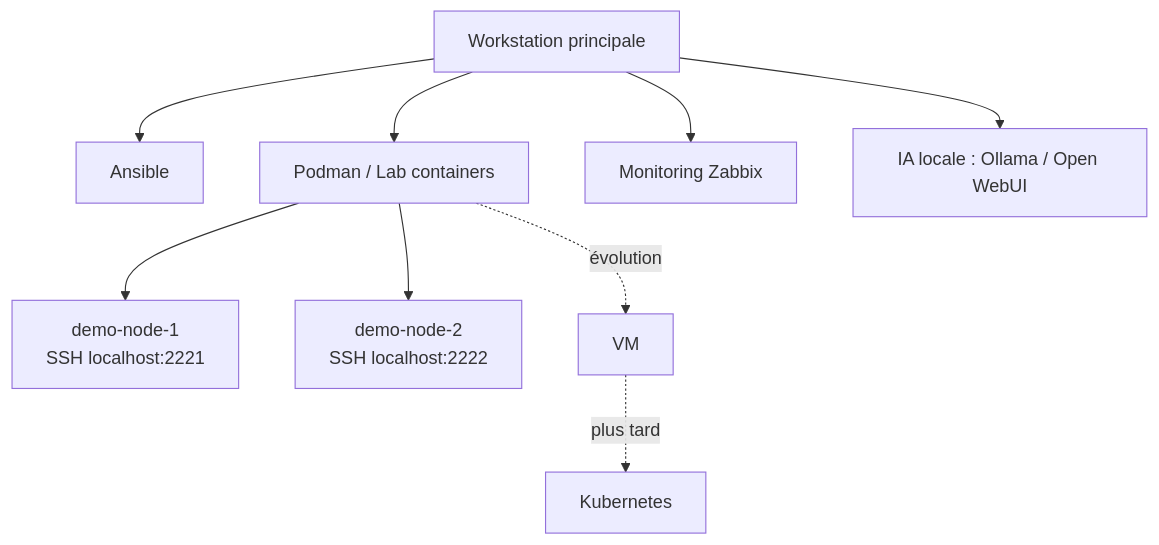
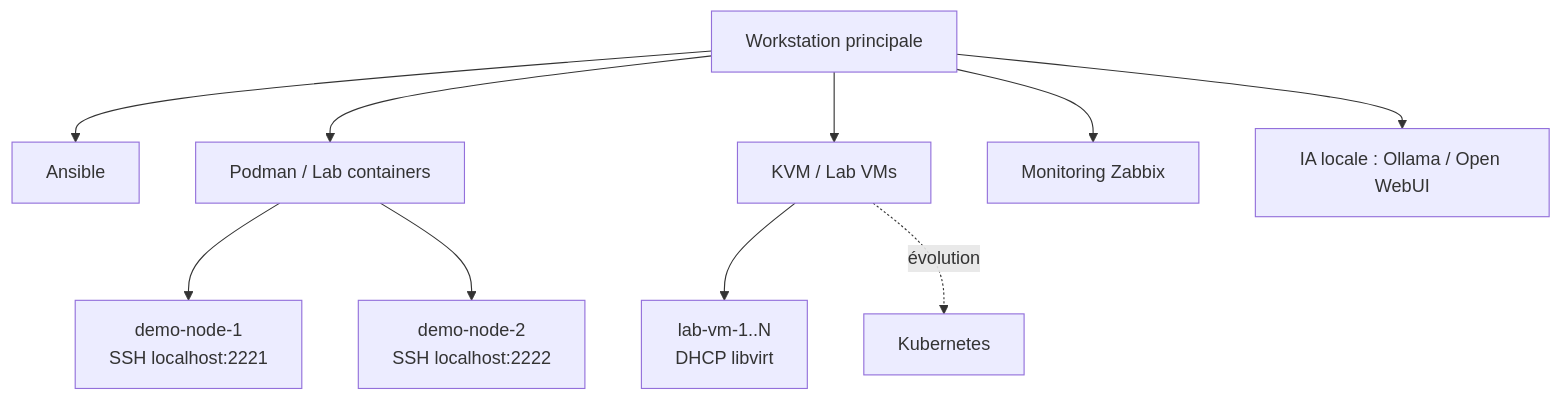
The diagram in README.md (infocem22-ju/homelab-infra), drawn with Mermaid before and after one commit. The commit also changed other lines of this file and 5 other files, not shown here.

Commit message:
docs: prérequis, VMs KVM, inventory Zabbix, nettoyage ansible.cfg

````diff
--- a/README.md
+++ b/README.md
@@ -152,13 +240,15 @@
 ```mermaid
 flowchart TD
     A[Workstation principale] --> B[Ansible]
     A --> C[Podman / Lab containers]
-    A --> D[Monitoring Zabbix]
-    A --> E[IA locale : Ollama / Open WebUI]
+    A --> D[KVM / Lab VMs]
+    A --> E[Monitoring Zabbix]
+    A --> F[IA locale : Ollama / Open WebUI]
 
-    C --> F[demo-node-1<br/>SSH localhost:2221]
-    C --> G[demo-node-2<br/>SSH localhost:2222]
+    C --> G[demo-node-1<br/>SSH localhost:2221]
+    C --> H[demo-node-2<br/>SSH localhost:2222]
 
-    C -. évolution .-> H[VM]
-    H -. plus tard .-> I[Kubernetes]
+    D --> I[lab-vm-1..N<br/>DHCP libvirt]
+
+    D -. évolution .-> J[Kubernetes]
 ```
````
